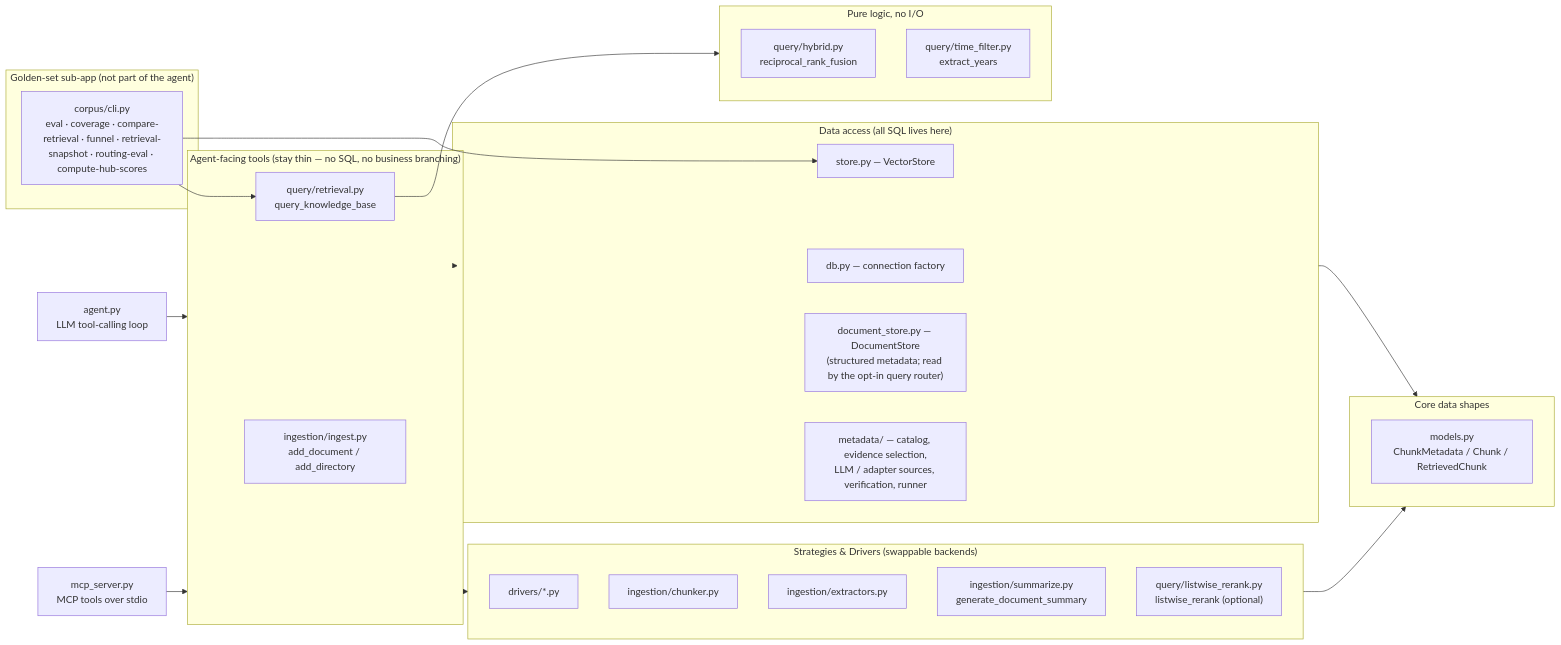
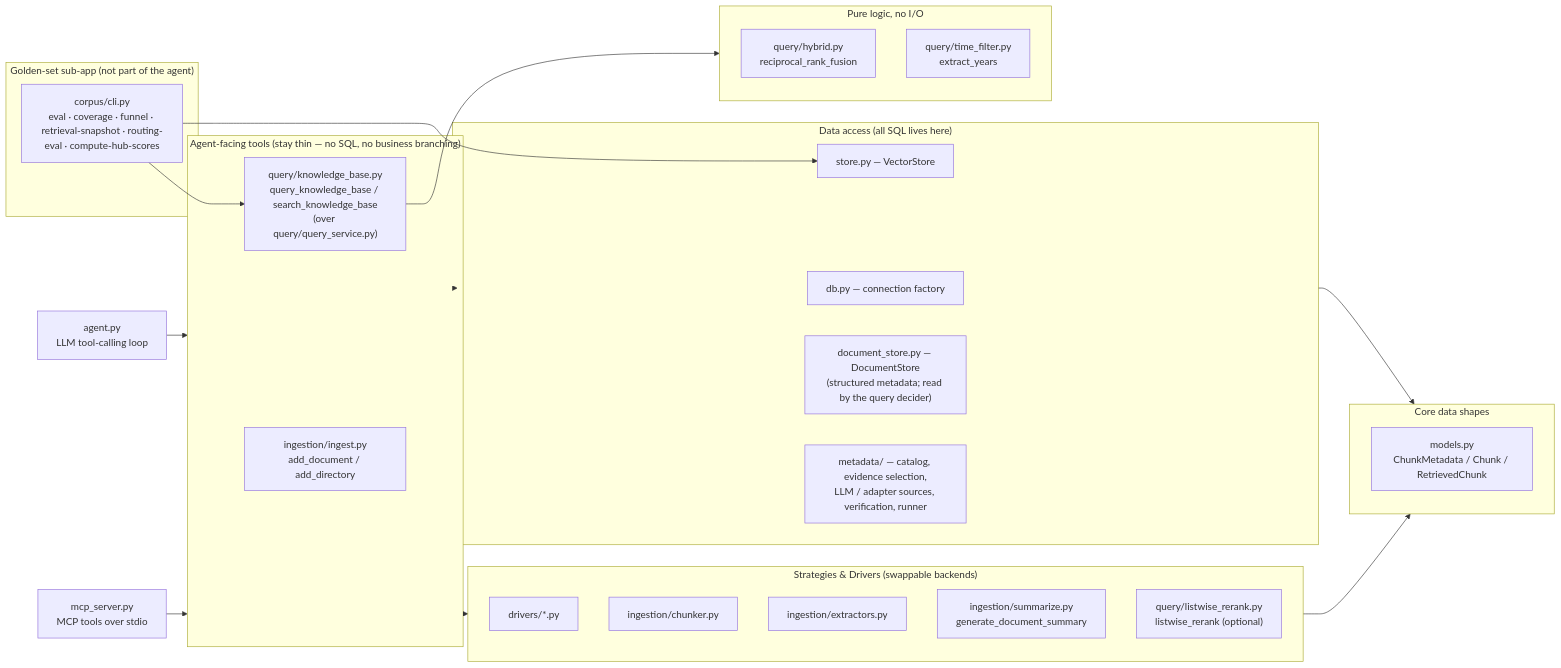
Before and after one commit to olythy/docs-agent: the fourth of 4 diagrams in docs/architecture.md, drawn with Mermaid. The commit also changed other lines of this file and 56 other files, not shown here.

First line of the commit message:
refactor(query): delete the original retrieval and router and the QUERY_ROUTER, QUERY_ENGINE and ANSWER_PARTIAL_COVERAGE switches

````diff
--- a/docs/architecture.md
+++ b/docs/architecture.md
@@ -162,41 +145,41 @@
 ```mermaid
 flowchart LR
     subgraph Orchestrators["Agent-facing tools (stay thin — no SQL, no business branching)"]
         ingest["ingestion/ingest.py<br/>add_document / add_directory"]
-        retrieval["query/retrieval.py<br/>query_knowledge_base"]
+        retrieval["query/knowledge_base.py<br/>query_knowledge_base / search_knowledge_base<br/>(over query/query_service.py)"]
     end
     subgraph Strategies["Strategies & Drivers (swappable backends)"]
         drivers["drivers/*.py"]
         chunker["ingestion/chunker.py"]
         extractors["ingestion/extractors.py"]
         summarize["ingestion/summarize.py<br/>generate_document_summary"]
         listwise["query/listwise_rerank.py<br/>listwise_rerank (optional)"]
     end
     subgraph DataAccess["Data access (all SQL lives here)"]
         db["db.py — connection factory"]
         store["store.py — VectorStore"]
-        docstore["document_store.py — DocumentStore<br/>(structured metadata; read by the opt-in query router)"]
+        docstore["document_store.py — DocumentStore<br/>(structured metadata; read by the query decider)"]
         metadata["metadata/ — catalog, evidence selection,<br/>LLM / adapter sources, verification, runner"]
     end
     subgraph Shapes["Core data shapes"]
         models["models.py<br/>ChunkMetadata / Chunk / RetrievedChunk"]
     end
     subgraph Fusion["Pure logic, no I/O"]
         hybrid["query/hybrid.py<br/>reciprocal_rank_fusion"]
         timefilter["query/time_filter.py<br/>extract_years"]
     end
     subgraph Measuring["Golden-set sub-app (not part of the agent)"]
-        corpus["corpus/cli.py<br/>eval · coverage · compare-retrieval · funnel · retrieval-snapshot · routing-eval · compute-hub-scores"]
+        corpus["corpus/cli.py<br/>eval · coverage · funnel · retrieval-snapshot · routing-eval · compute-hub-scores"]
     end
 
     Orchestrators --> Strategies
     Orchestrators --> DataAccess
     Strategies --> Shapes
     DataAccess --> Shapes
     retrieval --> Fusion
     corpus --> retrieval
     corpus --> store
 
     agent["agent.py<br/>LLM tool-calling loop"] --> Orchestrators
     mcp["mcp_server.py<br/>MCP tools over stdio"] --> Orchestrators
 ```
````
